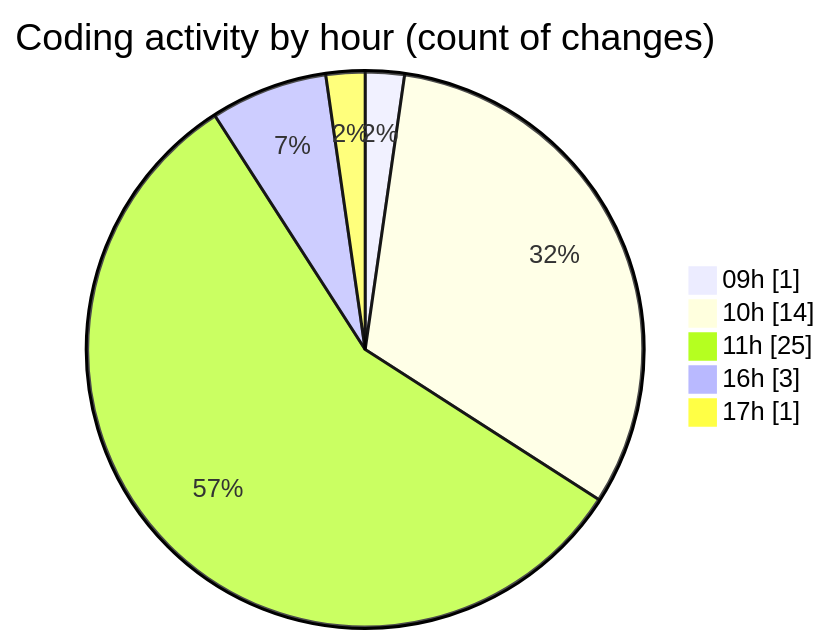
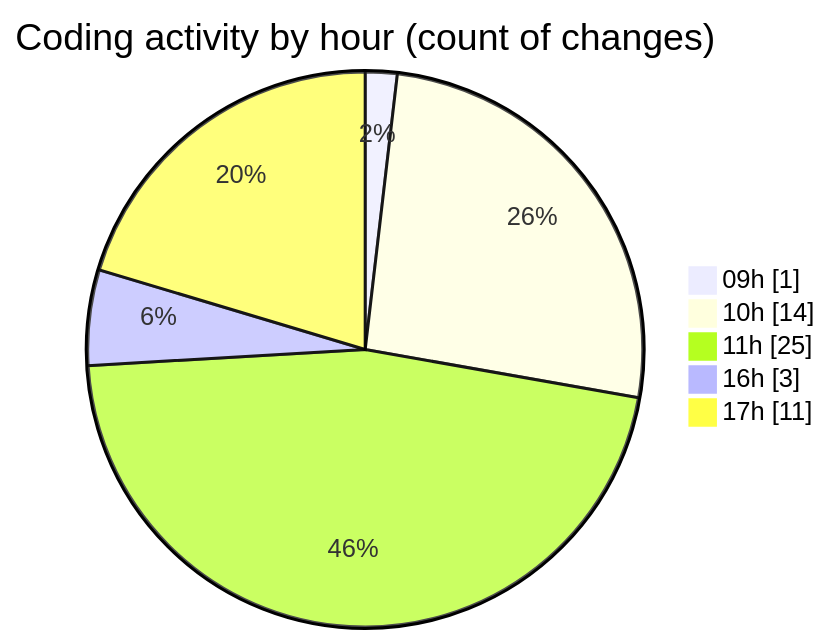
Before and after one commit to Elitesun/code-tracking: the second of 2 diagrams in 2025-05-07/niten/README.md, drawn with Mermaid. The commit also changed other lines of this file and 1 other file, not shown here.

````diff
--- a/2025-05-07/niten/README.md
+++ b/2025-05-07/niten/README.md
@@ -43,9 +48,9 @@
 ```mermaid
 pie showData
 title Coding activity by hour (count of changes)
 "09h" : 1
 "10h" : 14
 "11h" : 25
 "16h" : 3
-"17h" : 1
+"17h" : 11
 ```
````
